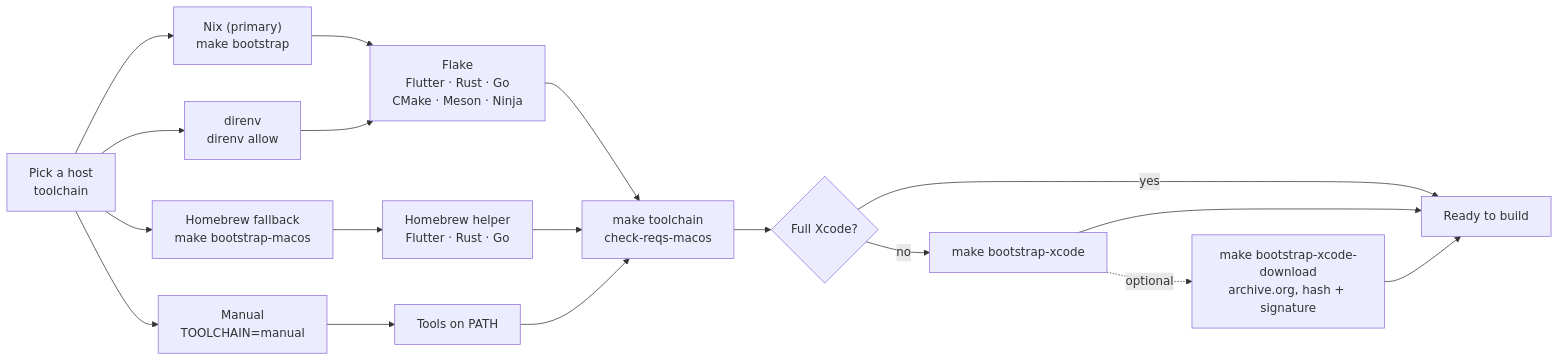
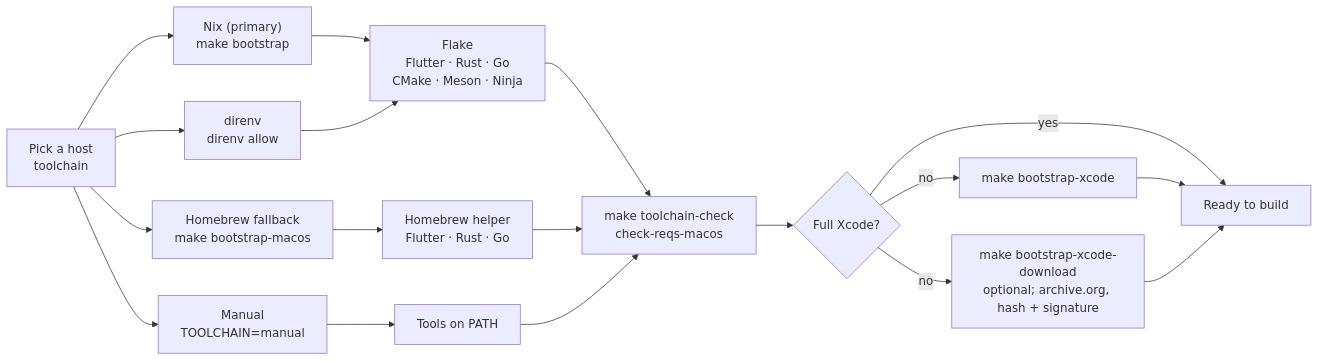
The first of 2 diagrams in docs/building/make-flow.md (cypherstack/stack_wallet), drawn with Mermaid before and after one commit. The commit also changed other lines of this file and 2 other files, not shown here.

First line of the commit message:
docs: align build docs with the hardened toolchain

````diff
--- a/docs/building/make-flow.md
+++ b/docs/building/make-flow.md
@@ -24,24 +25,24 @@
 ```mermaid
 flowchart LR
     S["Pick a host<br/>toolchain"]
     S --> N["Nix (primary)<br/>make bootstrap"]
     S --> D["direnv<br/>direnv allow"]
     S --> B["Homebrew fallback<br/>make bootstrap-macos"]
     S --> M["Manual<br/>TOOLCHAIN=manual"]
 
     N --> F["Flake<br/>Flutter · Rust · Go<br/>CMake · Meson · Ninja"]
     D --> F
     B --> H["Homebrew helper<br/>Flutter · Rust · Go"]
     M --> P["Tools on PATH"]
 
-    F --> C["make toolchain<br/>check-reqs-macos"]
+    F --> C["make toolchain-check<br/>check-reqs-macos"]
     H --> C
     P --> C
 
     C --> X{"Full Xcode?"}
     X -- yes --> R["Ready to build"]
     X -- no --> XS["make bootstrap-xcode"]
+    X -- no --> DL["make bootstrap-xcode-download<br/>optional; archive.org, hash + signature"]
     XS --> R
-    XS -. optional .-> DL["make bootstrap-xcode-download<br/>archive.org, hash + signature"]
     DL --> R
 ```
````
